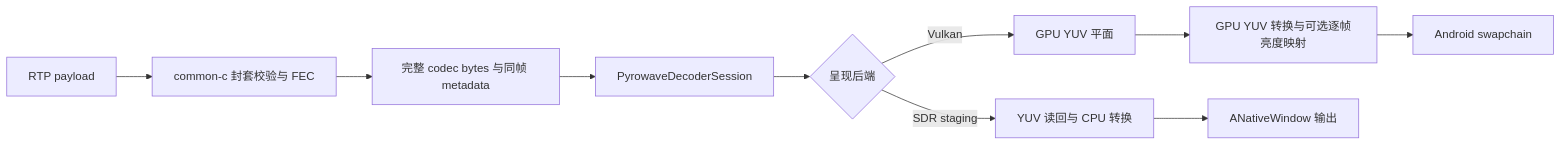
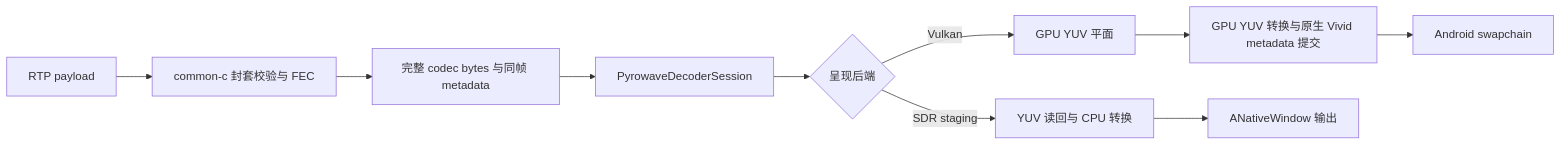
One commit to qiin2333/moonlight-vplus changed the second of 2 diagrams in docs/pyrowave-decoder-design.md. Above: the diagram before and after it, drawn with Mermaid. The commit also changed other lines of this file and 37 other files, not shown here.

```diff
--- a/docs/pyrowave-decoder-design.md
+++ b/docs/pyrowave-decoder-design.md
@@ -60,12 +61,12 @@
 ~~~mermaid
 flowchart LR
     A[RTP payload] --> B[common-c 封套校验与 FEC]
     B --> C[完整 codec bytes 与同帧 metadata]
     C --> D[PyrowaveDecoderSession]
     D --> E{呈现后端}
     E -->|Vulkan| F[GPU YUV 平面]
-    F --> G[GPU YUV 转换与可选逐帧亮度映射]
+    F --> G[GPU YUV 转换与原生 Vivid metadata 提交]
     G --> H[Android swapchain]
     E -->|SDR staging| I[YUV 读回与 CPU 转换]
     I --> J[ANativeWindow 输出]
 ~~~
```
